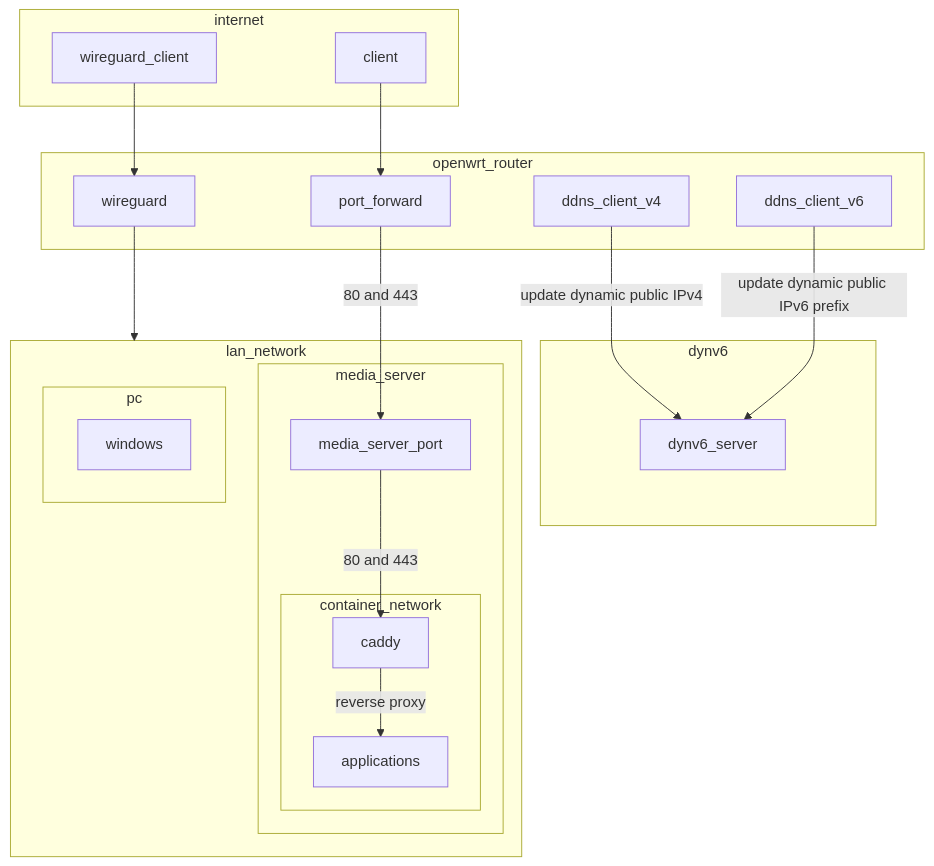
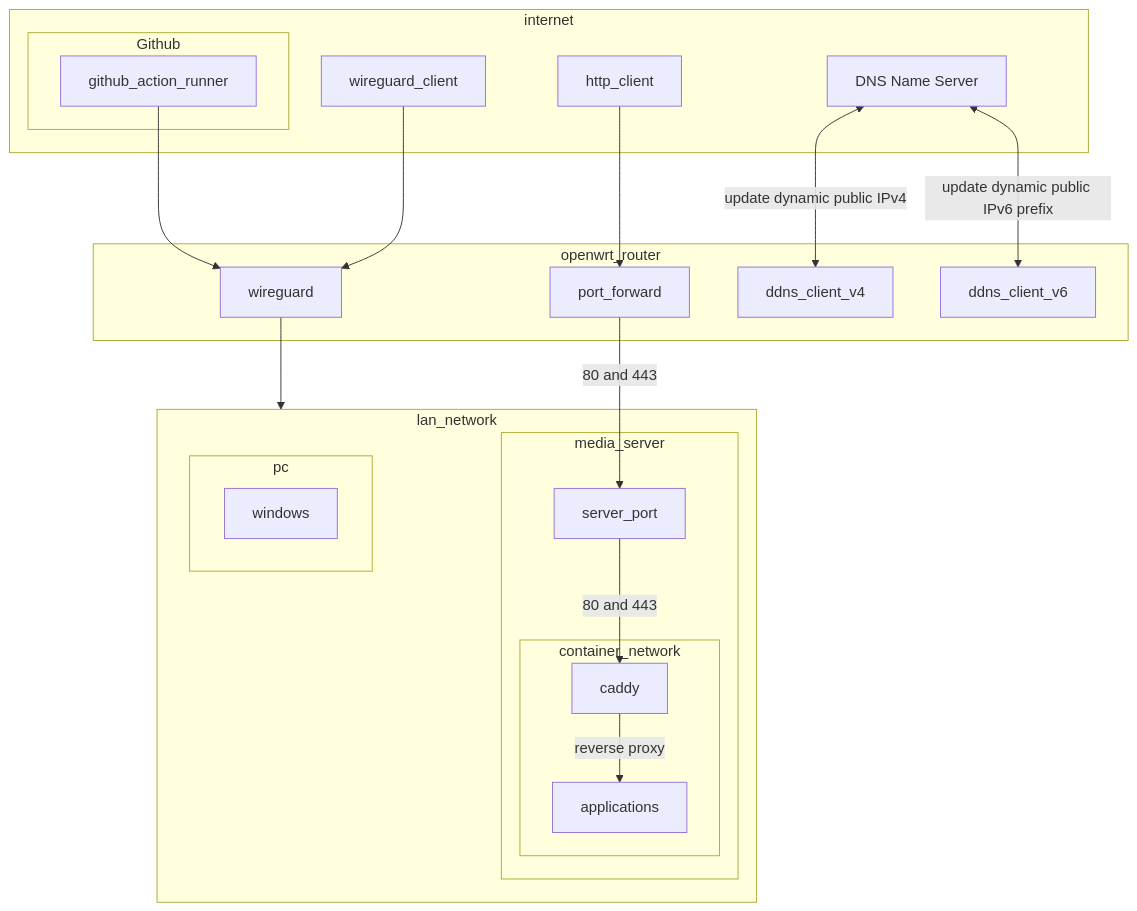
Before and after one commit to zephyros-dev/media-server: the first of 2 diagrams in README.md, drawn with Mermaid.

Commit message:
docs: update graphs

````diff
--- a/README.md
+++ b/README.md
@@ -11,31 +11,31 @@
 ```mermaid
 flowchart TB
   subgraph internet
-    client
+    http_client
     wireguard_client
-  end
-  subgraph dynv6
-    dynv6_server
+    subgraph github[Github]
+      github_action_runner
+    end
+    dns_name_server[DNS Name Server]
   end
   subgraph lan_network
     subgraph media_server
       subgraph container_network
         caddy -- reverse proxy --> applications
       end
-      media_server_port -- 80 and 443 --> caddy
+      server_port -- 80 and 443 --> caddy
     end
     subgraph pc
       windows
     end
   end
   subgraph openwrt_router
-    client --> port_forward
+    http_client --> port_forward
+    github_action_runner --> wireguard
     wireguard_client --> wireguard
-    port_forward -- 80 and 443 --> media_server_port
-  end
-  subgraph openwrt_router
-    ddns_client_v4-- update dynamic public IPv4 --> dynv6_server
-    ddns_client_v6 -- update dynamic public IPv6 prefix --> dynv6_server
+    port_forward -- 80 and 443 --> server_port
+    dns_name_server <-- update dynamic public IPv4 -->  ddns_client_v4
+    dns_name_server <-- update dynamic public IPv6 prefix -->  ddns_client_v6
   end
   wireguard --> lan_network
 ```
````
